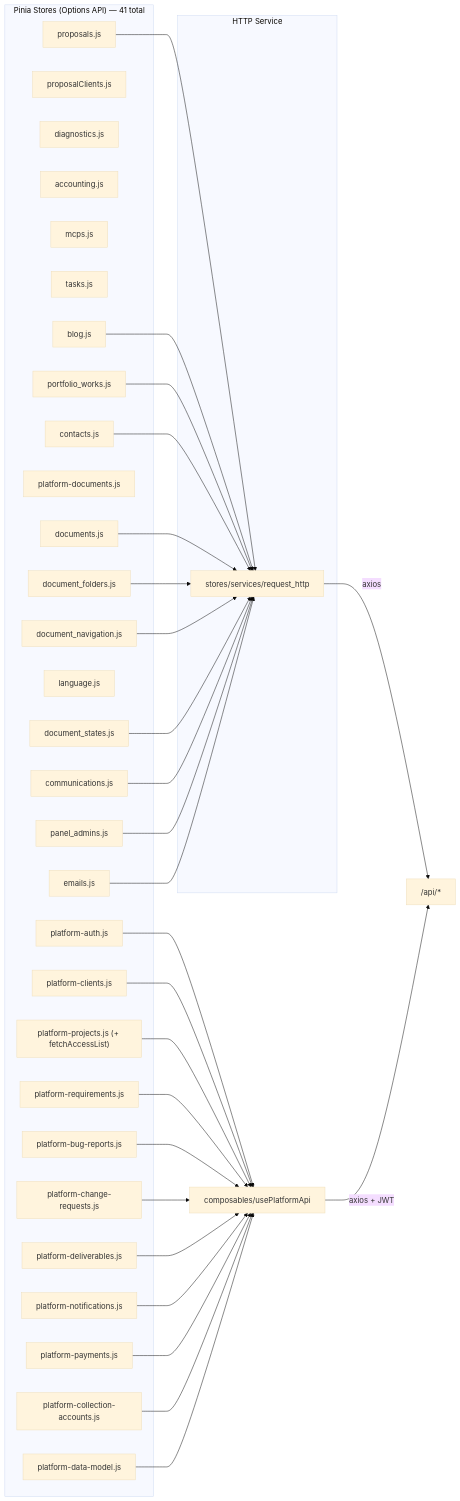
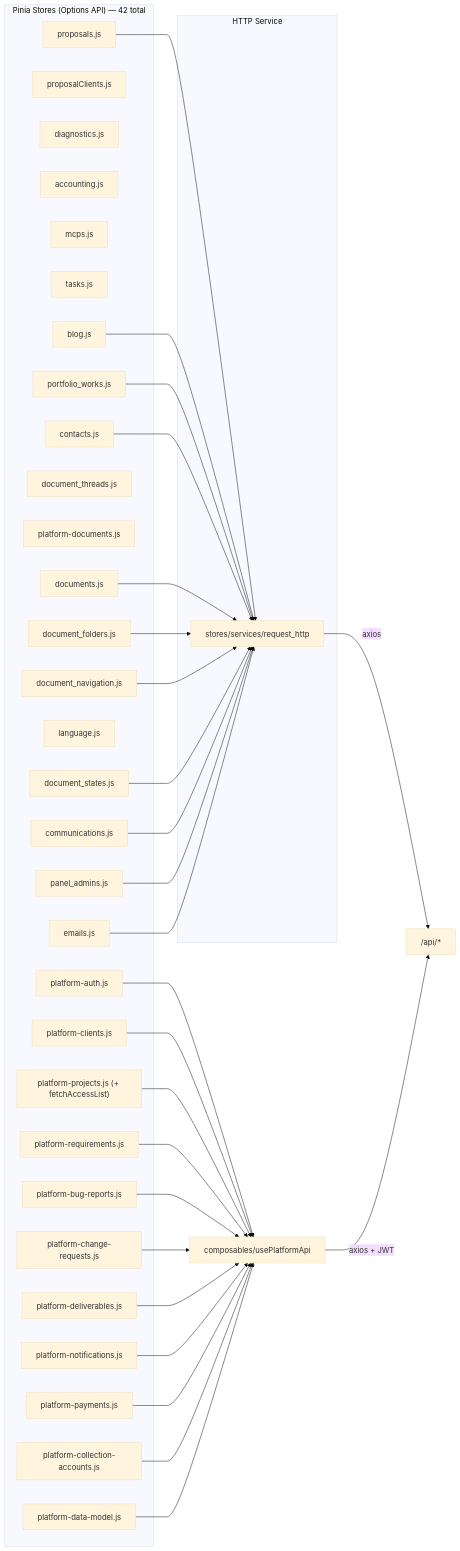
One commit to gustavop-dev/projectapp changed diagram 11 of 23 in docs/methodology/architecture.md. Above: the diagram before and after it, drawn with Mermaid (base theme). The commit also changed other lines of this file and 46 other files, not shown here.

First line of the commit message:
feat: add document threads (#347)

````diff
--- a/docs/methodology/architecture.md
+++ b/docs/methodology/architecture.md
@@ -803,64 +805,65 @@
 ```mermaid
 flowchart LR
-    subgraph Stores["Pinia Stores (Options API) — 41 total"]
+    subgraph Stores["Pinia Stores (Options API) — 42 total"]
         ProposalStore["proposals.js"]
         ProposalClientsStore["proposalClients.js"]
         DiagnosticsStore["diagnostics.js"]
         AccountingStore["accounting.js"]
         McpsStore["mcps.js"]
         TasksStore["tasks.js"]
         DocumentFoldersStore["document_folders.js"]
         DocumentNavigationStore["document_navigation.js"]
         DocumentStatesStore["document_states.js"]
+        DocumentThreadsStore["document_threads.js"]
         PlatformDocumentsStore["platform-documents.js"]
         BlogStore["blog.js"]
         PortfolioStore["portfolio_works.js"]
         ContactStore["contacts.js"]
         LanguageStore["language.js"]
         DocumentStore["documents.js"]
         CommunicationsStore["communications.js"]
         PanelAdmins["panel_admins.js"]
         PlatformAuth["platform-auth.js"]
         PlatformClients["platform-clients.js"]
         PlatformProjects["platform-projects.js (+ fetchAccessList)"]
         PlatformRequirements["platform-requirements.js"]
         PlatformBugReports["platform-bug-reports.js"]
         PlatformChangeRequests["platform-change-requests.js"]
         PlatformDeliverables["platform-deliverables.js"]
         PlatformNotifications["platform-notifications.js"]
         PlatformPayments["platform-payments.js"]
         PlatformCollectionAccounts["platform-collection-accounts.js"]
         PlatformDataModel["platform-data-model.js"]
         EmailsStore["emails.js"]
     end
 
     subgraph HTTP["HTTP Service"]
         RequestHTTP["stores/services/request_http"]
     end
 
     ProposalStore --> RequestHTTP
     BlogStore --> RequestHTTP
     PortfolioStore --> RequestHTTP
     ContactStore --> RequestHTTP
     DocumentStore --> RequestHTTP
     DocumentFoldersStore --> RequestHTTP
     DocumentNavigationStore --> RequestHTTP
     DocumentStatesStore --> RequestHTTP
     CommunicationsStore --> RequestHTTP
     PanelAdmins --> RequestHTTP
     PlatformAuth --> PlatformHTTP["composables/usePlatformApi"]
     PlatformClients --> PlatformHTTP
     PlatformProjects --> PlatformHTTP
     PlatformRequirements --> PlatformHTTP
     PlatformBugReports --> PlatformHTTP
     PlatformChangeRequests --> PlatformHTTP
     PlatformDeliverables --> PlatformHTTP
     PlatformNotifications --> PlatformHTTP
     PlatformPayments --> PlatformHTTP
     PlatformCollectionAccounts --> PlatformHTTP
     PlatformDataModel --> PlatformHTTP
     EmailsStore --> RequestHTTP
 
     RequestHTTP -->|axios| API["/api/*"]
     PlatformHTTP -->|axios + JWT| API
 ```
````
